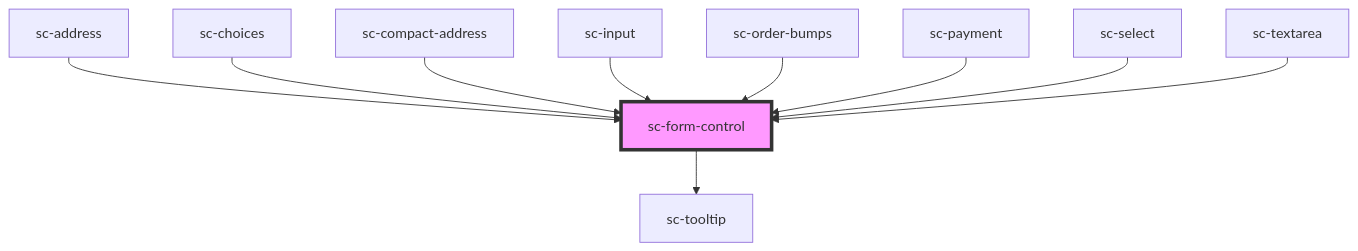
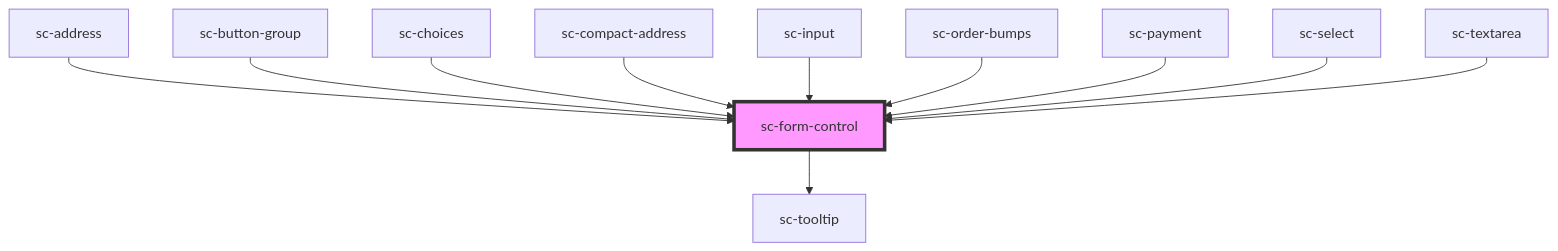
The diagram in packages/components/src/components/ui/form-control/readme.md (surecart/surecart-wp-plugin), drawn with Mermaid before and after one commit. The commit also changed other lines of this file and 12 other files, not shown here.

````diff
--- a/packages/components/src/components/ui/form-control/readme.md
+++ b/packages/components/src/components/ui/form-control/readme.md
@@ -50,13 +51,14 @@
 ```mermaid
 graph TD;
   sc-form-control --> sc-tooltip
   sc-address --> sc-form-control
+  sc-button-group --> sc-form-control
   sc-choices --> sc-form-control
   sc-compact-address --> sc-form-control
   sc-input --> sc-form-control
   sc-order-bumps --> sc-form-control
   sc-payment --> sc-form-control
   sc-select --> sc-form-control
   sc-textarea --> sc-form-control
   style sc-form-control fill:#f9f,stroke:#333,stroke-width:4px
 ```
````
